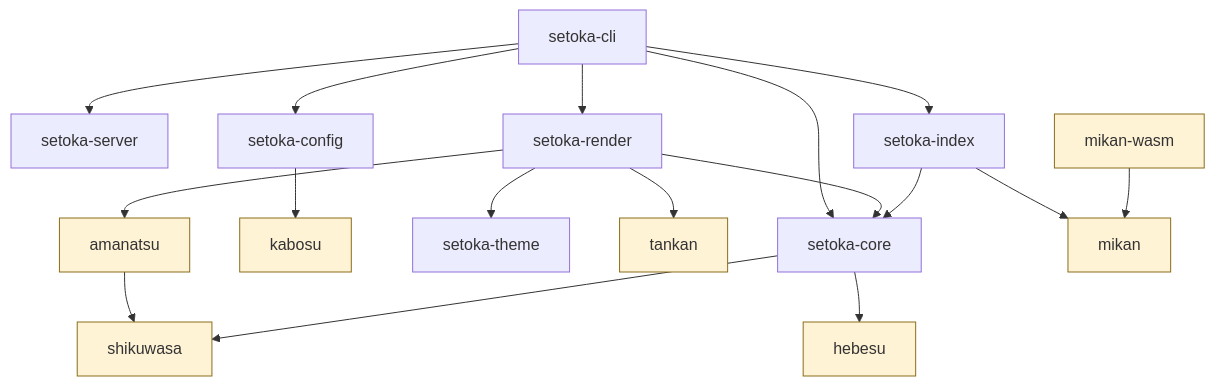
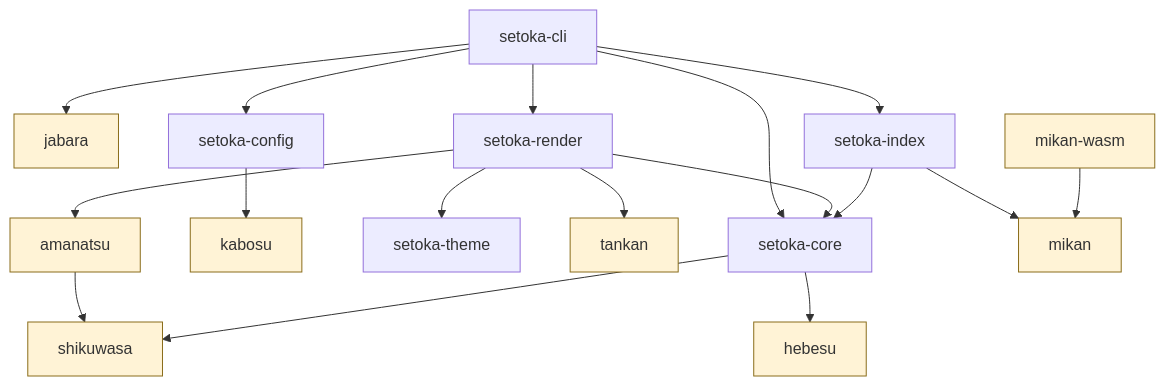
The diagram in docs/content/development/index.md (ai-implementer/setoka), drawn with Mermaid before and after one commit. The commit also changed other lines of this file and 27 other files, not shown here.

First line of the commit message:
refactor: setoka-server を crate jabara に改名して切り出す（Phase 105）

````diff
--- a/docs/content/development/index.md
+++ b/docs/content/development/index.md
@@ -38,21 +38,21 @@
 ```mermaid
 flowchart TD
-    CLI[setoka-cli] --> SRV[setoka-server]
+    CLI[setoka-cli] --> SRV[jabara]
     CLI --> REN[setoka-render]
     CLI --> IDX[setoka-index]
     CLI --> CORE[setoka-core]
     CLI --> CFG[setoka-config]
     CFG --> KAB[kabosu]
     REN --> CORE
     REN --> THEME[setoka-theme]
     REN --> TAN[tankan]
     REN --> API[amanatsu]
     API --> YAML[shikuwasa]
     CORE --> YAML
     CORE --> HEB[hebesu]
     IDX --> CORE
     IDX --> FMT[mikan]
     WASM[mikan-wasm] --> FMT
     classDef generic fill:#fff3d6,stroke:#8a6d1a
-    class TAN,FMT,WASM,KAB,YAML,API,HEB generic
+    class TAN,FMT,WASM,KAB,YAML,API,HEB,SRV generic
 ```
````
